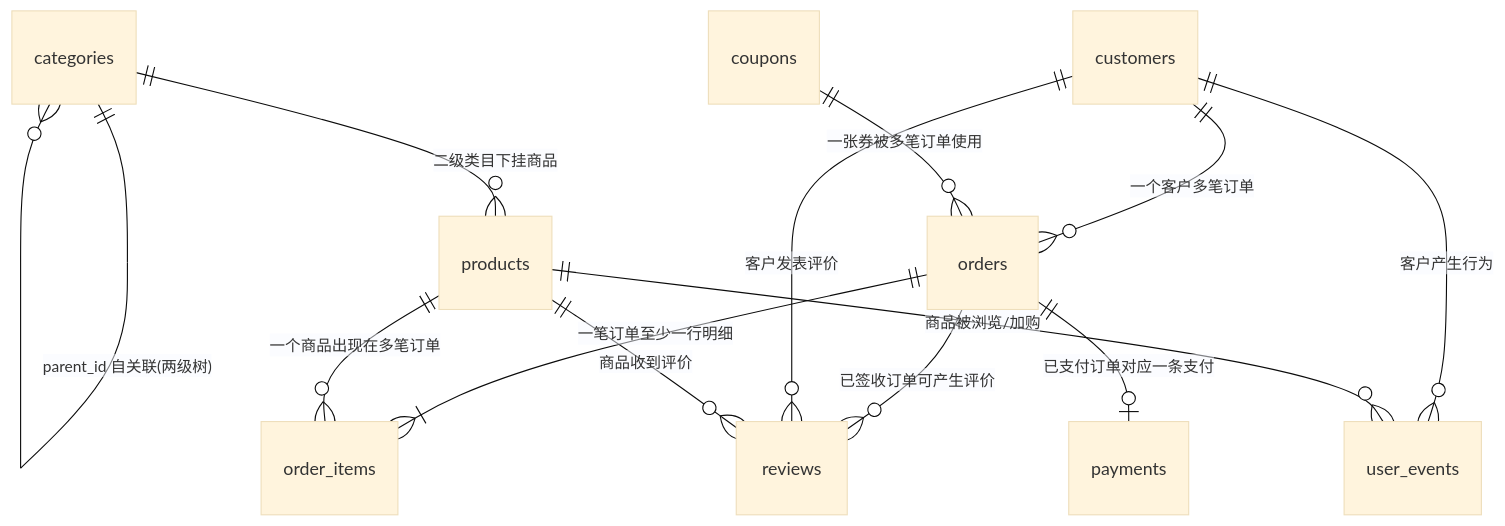
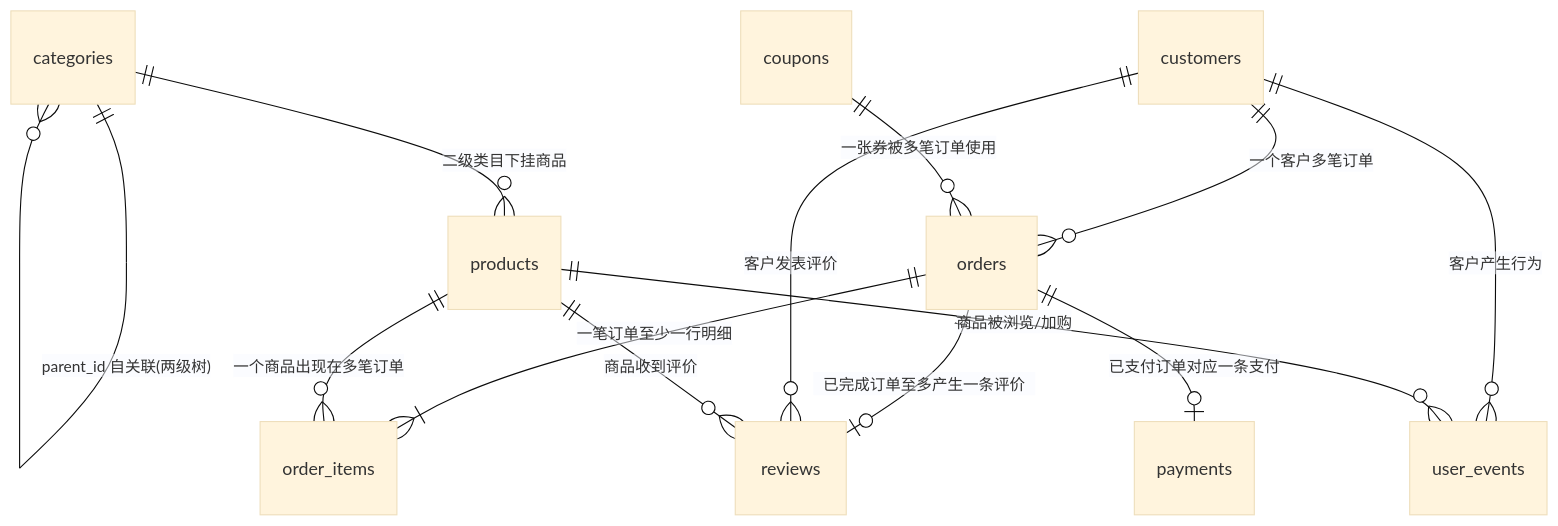
The first of 2 diagrams in src/data/README.md (zhengchaoken/dsh-datascience-demo), drawn with Mermaid (base theme) before and after one commit. The commit also changed other lines of this file and 4 other files, not shown here.

````diff
--- a/src/data/README.md
+++ b/src/data/README.md
@@ -116,15 +116,15 @@
 ```mermaid
 erDiagram
     categories ||--o{ categories : "parent_id 自关联(两级树)"
     categories ||--o{ products : "二级类目下挂商品"
     customers ||--o{ orders : "一个客户多笔订单"
     coupons ||--o{ orders : "一张券被多笔订单使用"
     orders ||--|{ order_items : "一笔订单至少一行明细"
     products ||--o{ order_items : "一个商品出现在多笔订单"
     orders ||--o| payments : "已支付订单对应一条支付"
-    orders ||--o{ reviews : "已签收订单可产生评价"
+    orders ||--o| reviews : "已完成订单至多产生一条评价"
     customers ||--o{ reviews : "客户发表评价"
     products ||--o{ reviews : "商品收到评价"
     customers ||--o{ user_events : "客户产生行为"
     products ||--o{ user_events : "商品被浏览/加购"
 ```
````
